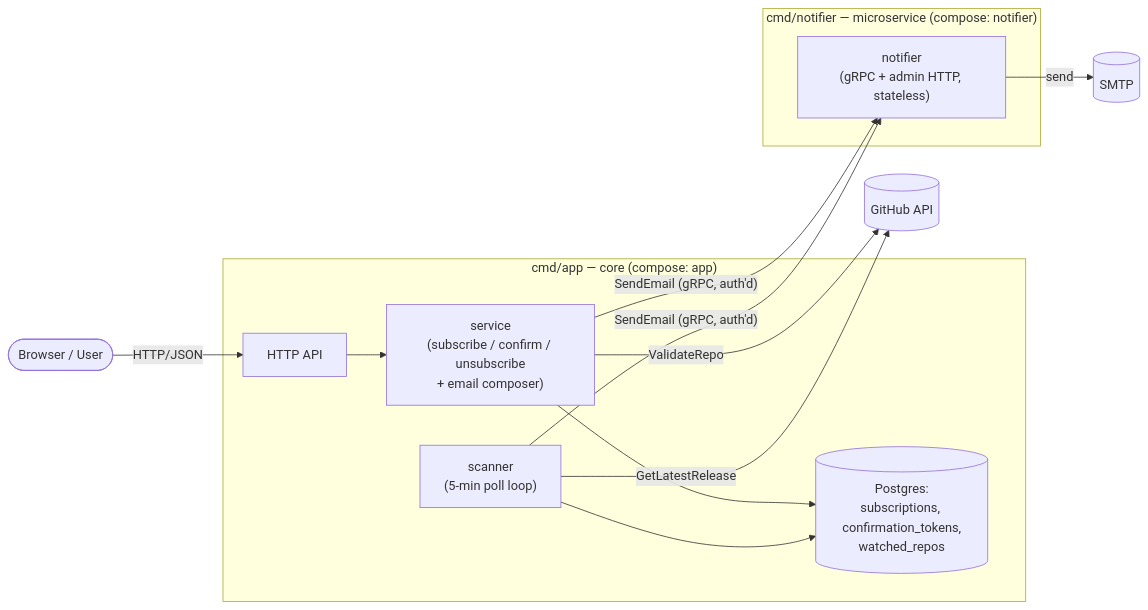
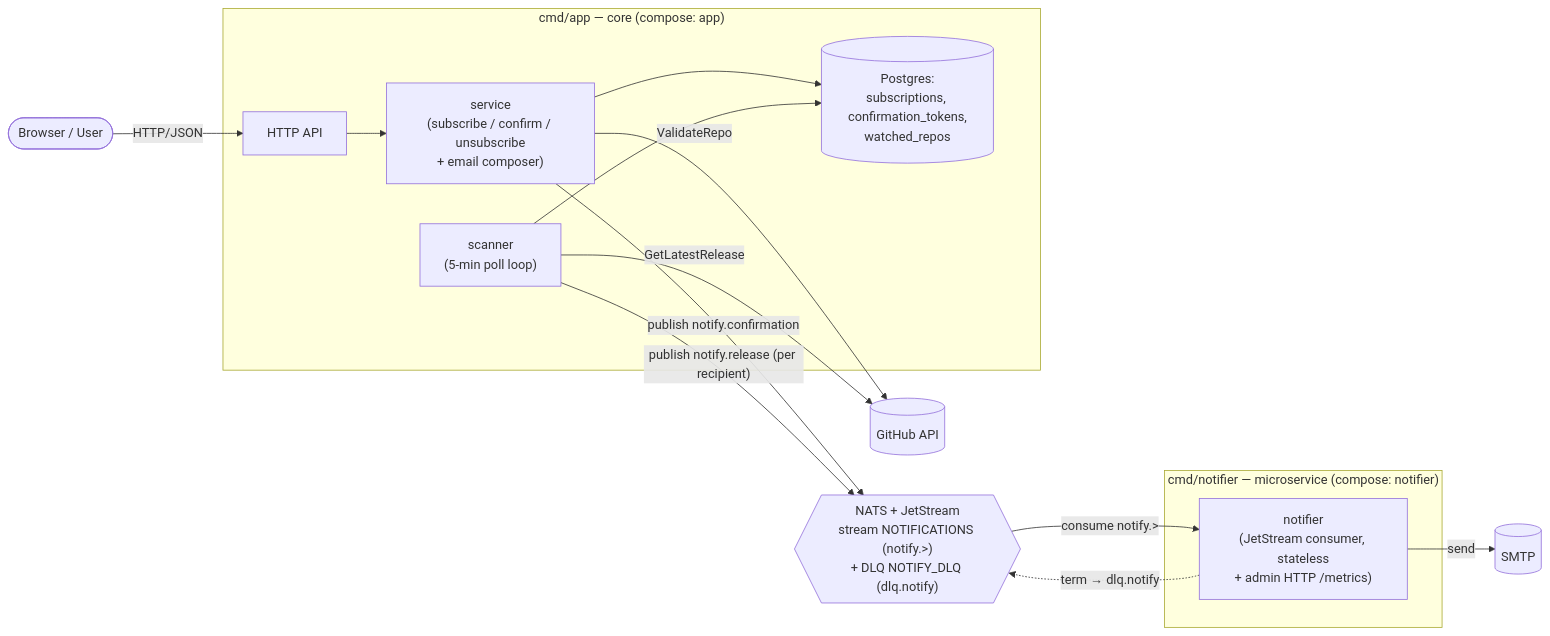
Before and after one commit to GenesisEducationKyiv/software-engineering-school-6-0-Andriy-Sydorenko: the diagram in docs/microservices.md, drawn with Mermaid. The commit also changed other lines of this file and 48 other files, not shown here.

First line of the commit message:
HW#8 - Architecture patterns: Message bus & Message Broker (#11)

````diff
--- a/docs/microservices.md
+++ b/docs/microservices.md
@@ -24,25 +29,28 @@
 ```mermaid
 flowchart LR
   Client([Browser / User])
   subgraph CORE["cmd/app — core (compose: app)"]
     API["HTTP API"]
     SVC["service<br/>(subscribe / confirm / unsubscribe<br/>+ email composer)"]
     SCAN["scanner<br/>(5-min poll loop)"]
     DB[("Postgres:<br/>subscriptions, confirmation_tokens,<br/>watched_repos")]
     API --> SVC
     SVC --> DB
     SCAN --> DB
   end
+  NATS{{"NATS + JetStream<br/>stream NOTIFICATIONS (notify.>)<br/>+ DLQ NOTIFY_DLQ (dlq.notify)"}}
   subgraph NOT["cmd/notifier — microservice (compose: notifier)"]
-    NS["notifier<br/>(gRPC + admin HTTP, stateless)"]
+    NS["notifier<br/>(JetStream consumer, stateless<br/>+ admin HTTP /metrics)"]
   end
   GH[("GitHub API")]
   SMTP[("SMTP")]
 
   Client -->|HTTP/JSON| API
-  SVC -->|"SendEmail (gRPC, auth'd)"| NS
-  SCAN -->|"SendEmail (gRPC, auth'd)"| NS
+  SVC -->|"publish notify.confirmation"| NATS
+  SCAN -->|"publish notify.release (per recipient)"| NATS
+  NATS -->|"consume notify.>"| NS
+  NS -.->|"term → dlq.notify"| NATS
   SVC -->|ValidateRepo| GH
   SCAN -->|GetLatestRelease| GH
   NS -->|send| SMTP
 ```
````
